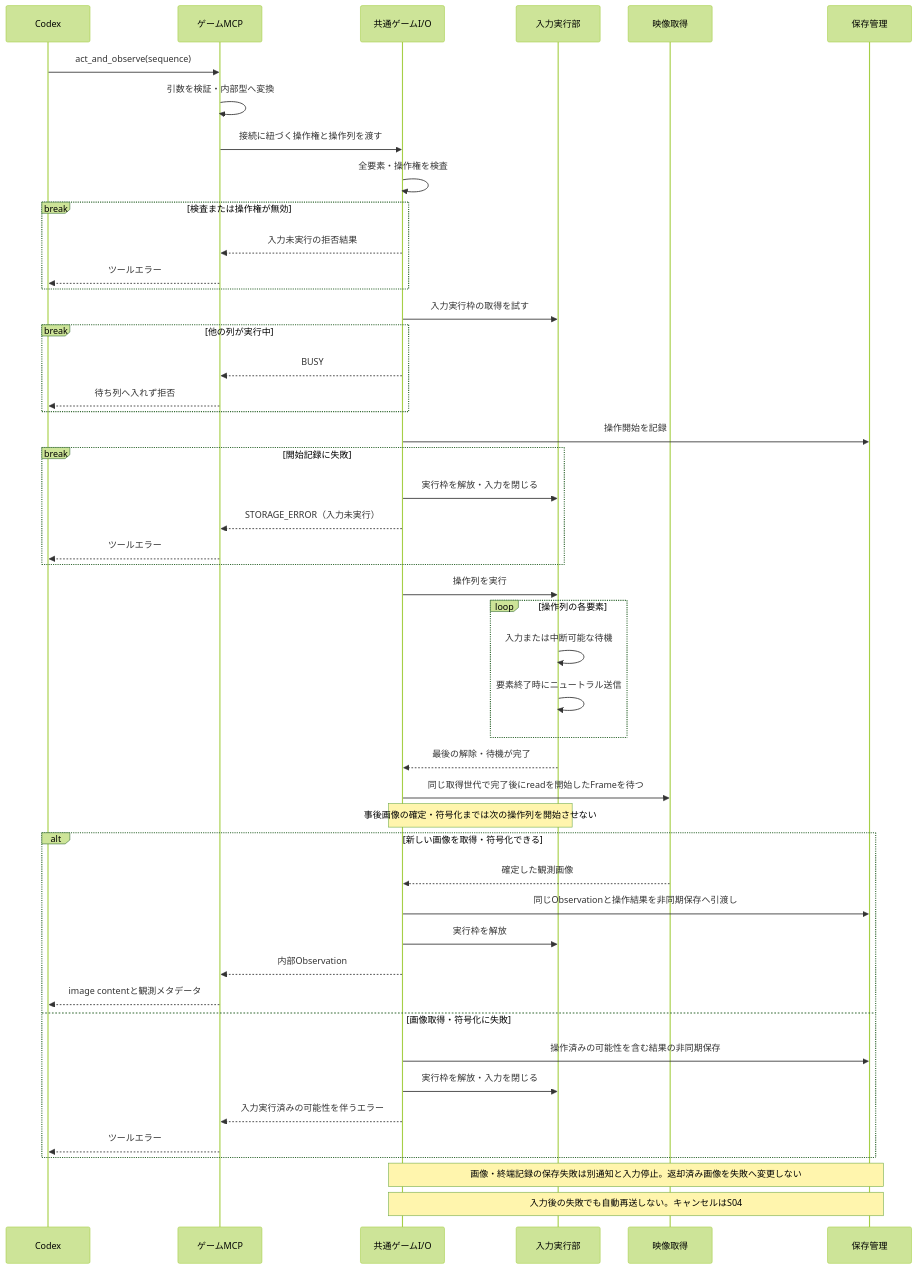
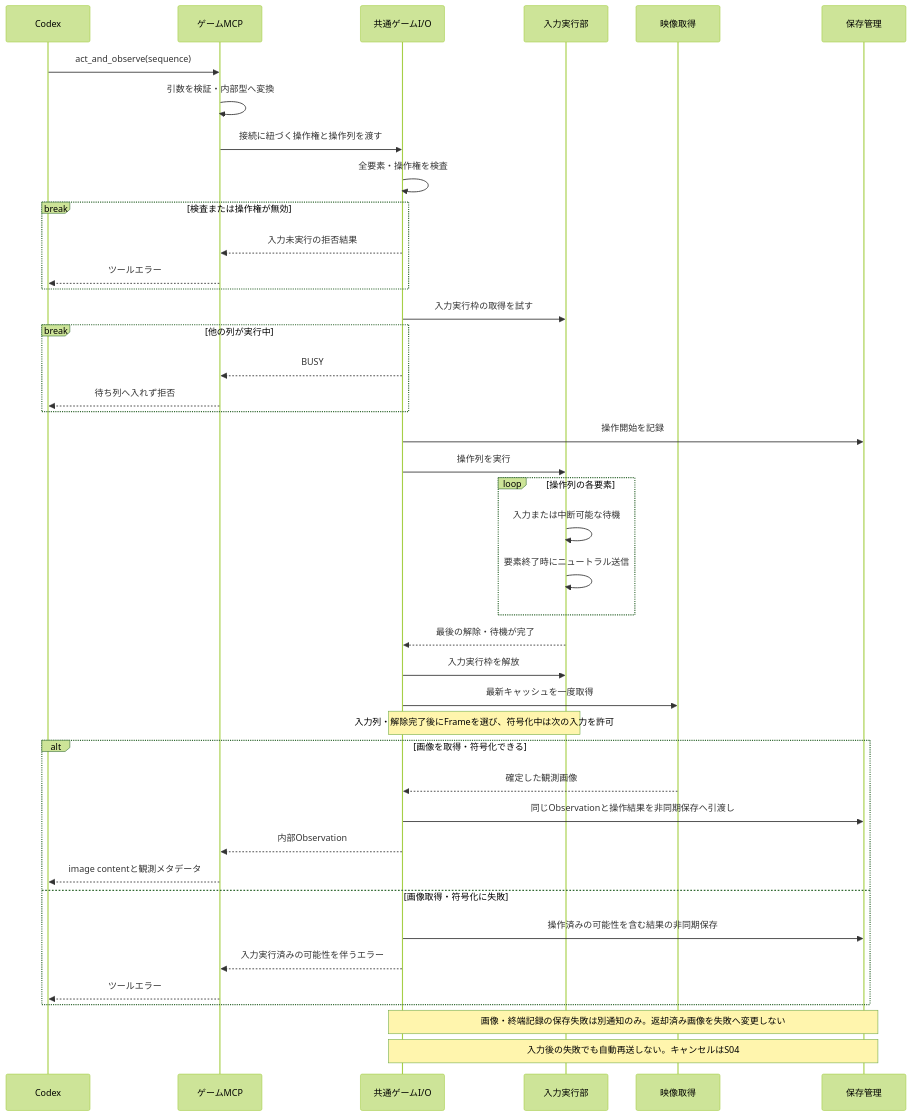
Before and after one commit to niart120/Project_Gigas: the third of 8 diagrams in spec/initial/09-control-flows.md, drawn with Mermaid (forest theme). The commit also changed other lines of this file and 30 other files, not shown here.

````diff
--- a/spec/initial/09-control-flows.md
+++ b/spec/initial/09-control-flows.md
@@ -122,50 +122,44 @@
 ```mermaid
 sequenceDiagram
     participant R as Codex
     participant M as ゲームMCP
     participant G as 共通ゲームI/O
     participant I as 入力実行部
     participant V as 映像取得
     participant D as 保存管理
     R->>M: act_and_observe(sequence)
     M->>M: 引数を検証・内部型へ変換
     M->>G: 接続に紐づく操作権と操作列を渡す
     G->>G: 全要素・操作権を検査
     break 検査または操作権が無効
         G-->>M: 入力未実行の拒否結果
         M-->>R: ツールエラー
     end
     G->>I: 入力実行枠の取得を試す
     break 他の列が実行中
         G-->>M: BUSY
         M-->>R: 待ち列へ入れず拒否
     end
     G->>D: 操作開始を記録
-    break 開始記録に失敗
-        G->>I: 実行枠を解放・入力を閉じる
-        G-->>M: STORAGE_ERROR（入力未実行）
-        M-->>R: ツールエラー
-    end
     G->>I: 操作列を実行
     loop 操作列の各要素
         I->>I: 入力または中断可能な待機
         I->>I: 要素終了時にニュートラル送信
     end
     I-->>G: 最後の解除・待機が完了
-    G->>V: 同じ取得世代で完了後にreadを開始したFrameを待つ
-    Note over G,I: 事後画像の確定・符号化までは次の操作列を開始させない
-    alt 新しい画像を取得・符号化できる
+    G->>I: 入力実行枠を解放
+    G->>V: 最新キャッシュを一度取得
+    Note over G,I: 入力列・解除完了後にFrameを選び、符号化中は次の入力を許可
+    alt 画像を取得・符号化できる
         V-->>G: 確定した観測画像
         G->>D: 同じObservationと操作結果を非同期保存へ引渡し
-        G->>I: 実行枠を解放
         G-->>M: 内部Observation
         M-->>R: image contentと観測メタデータ
     else 画像取得・符号化に失敗
         G->>D: 操作済みの可能性を含む結果の非同期保存
-        G->>I: 実行枠を解放・入力を閉じる
         G-->>M: 入力実行済みの可能性を伴うエラー
         M-->>R: ツールエラー
     end
-    Note over G,D: 画像・終端記録の保存失敗は別通知と入力停止。返却済み画像を失敗へ変更しない
+    Note over G,D: 画像・終端記録の保存失敗は別通知のみ。返却済み画像を失敗へ変更しない
     Note over G,D: 入力後の失敗でも自動再送しない。キャンセルはS04
 ```
````
